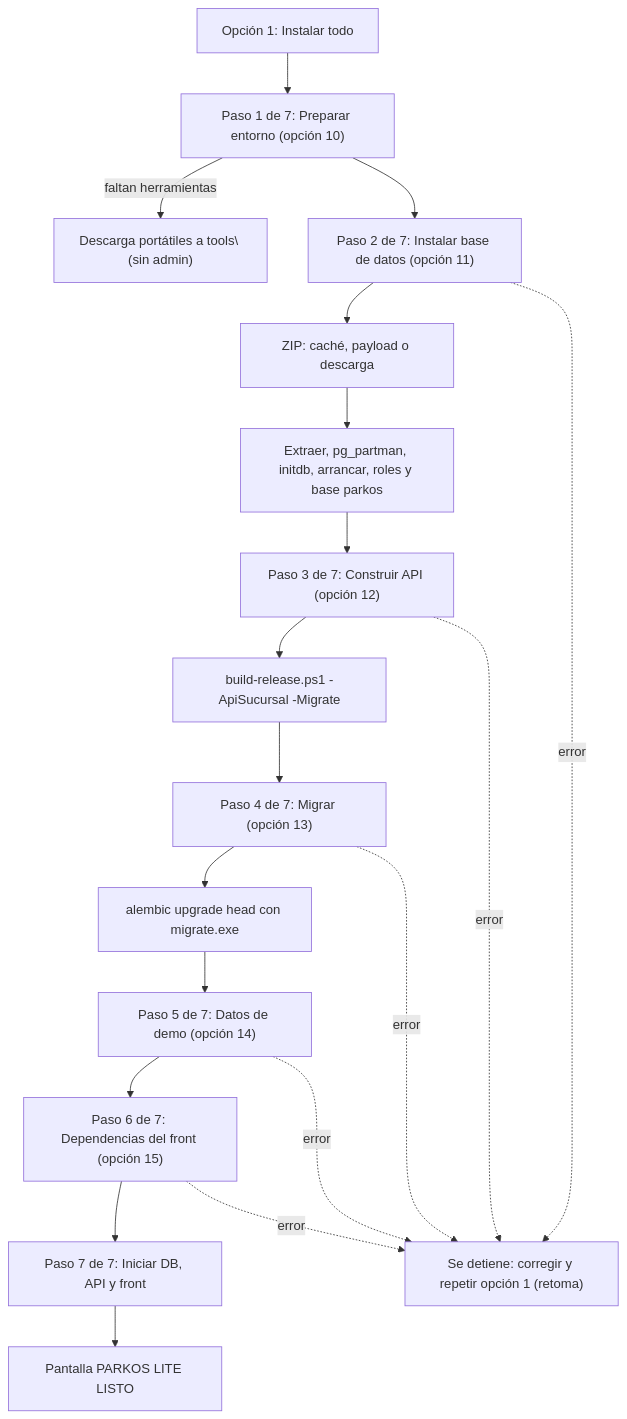
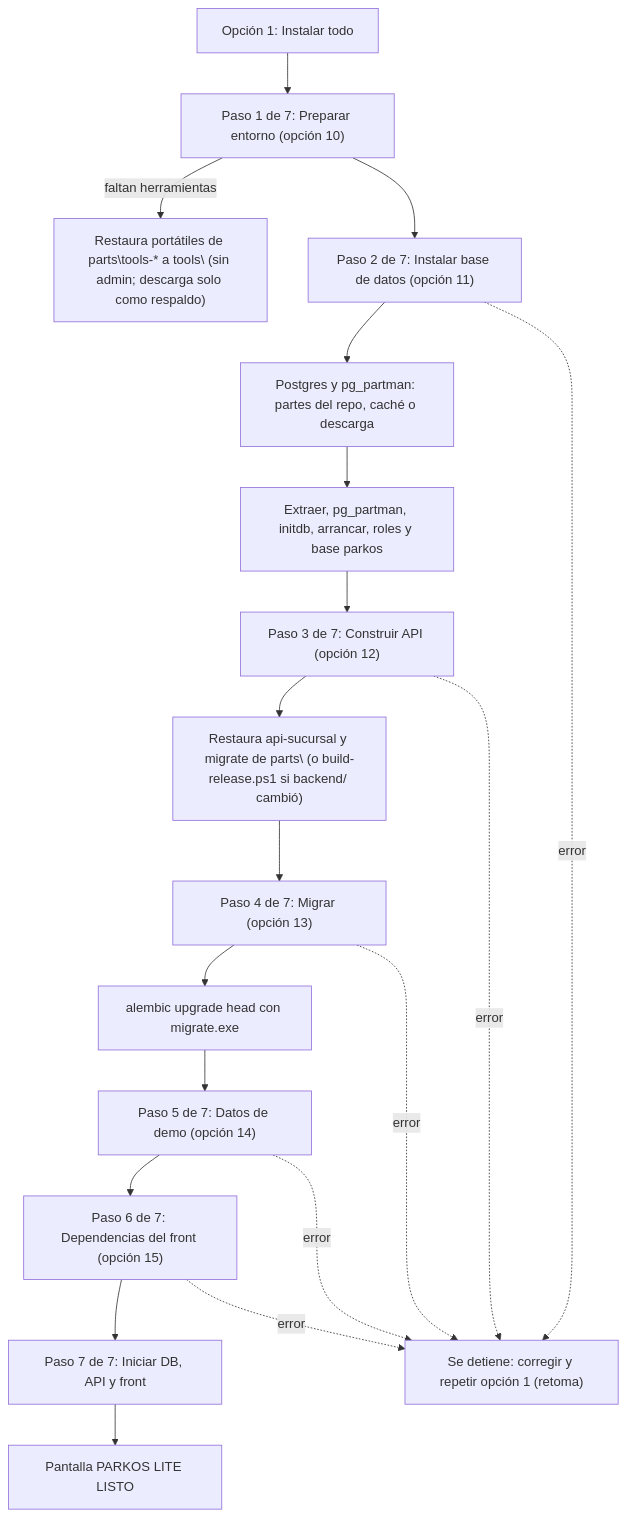
One commit to sgveasypunto-ia/PArkOS changed the first of 2 diagrams in installer/lite/MANUAL.md. Above: the diagram before and after it, drawn with Mermaid. The commit also changed other lines of this file and 2 other files, not shown here.

Commit message:
Documenta el origen de cada componente del lite y lo que aún necesita internet

````diff
--- a/installer/lite/MANUAL.md
+++ b/installer/lite/MANUAL.md
@@ -442,21 +449,21 @@
 ```mermaid
 flowchart TD
     A["Opción 1: Instalar todo"] --> B["Paso 1 de 7: Preparar entorno (opción 10)"]
-    B -->|"faltan herramientas"| F["Descarga portátiles a tools\ (sin admin)"]
+    B -->|"faltan herramientas"| F["Restaura portátiles de parts\tools-* a tools\ (sin admin; descarga solo como respaldo)"]
     B --> C["Paso 2 de 7: Instalar base de datos (opción 11)"]
-    C --> C1["ZIP: caché, payload o descarga"]
+    C --> C1["Postgres y pg_partman: partes del repo, caché o descarga"]
     C1 --> C2["Extraer, pg_partman, initdb, arrancar, roles y base parkos"]
     C2 --> D["Paso 3 de 7: Construir API (opción 12)"]
-    D --> D1["build-release.ps1 -ApiSucursal -Migrate"]
+    D --> D1["Restaura api-sucursal y migrate de parts\ (o build-release.ps1 si backend/ cambió)"]
     D1 --> E["Paso 4 de 7: Migrar (opción 13)"]
     E --> E1["alembic upgrade head con migrate.exe"]
     E1 --> G["Paso 5 de 7: Datos de demo (opción 14)"]
     G --> H["Paso 6 de 7: Dependencias del front (opción 15)"]
     H --> I["Paso 7 de 7: Iniciar DB, API y front"]
     I --> J["Pantalla PARKOS LITE LISTO"]
     C -.->|"error"| X["Se detiene: corregir y repetir opción 1 (retoma)"]
     D -.->|"error"| X
     E -.->|"error"| X
     G -.->|"error"| X
     H -.->|"error"| X
 ```
````
